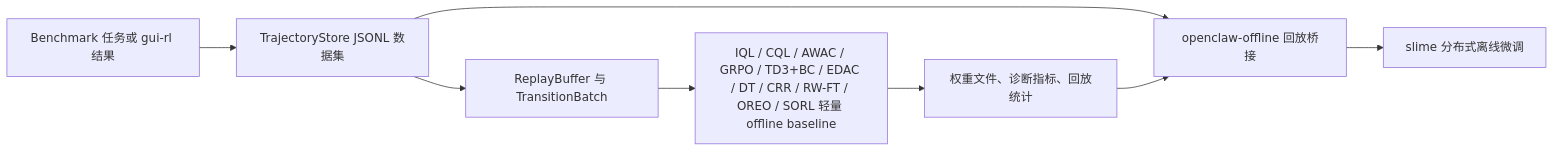
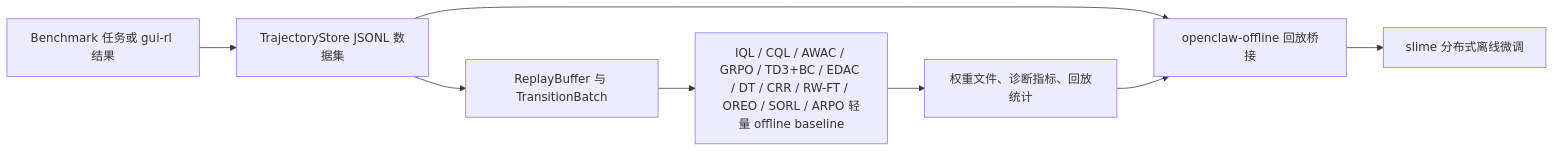
Before and after one commit to MING-ZCH/OpenClaw-RL-Offline: the diagram in README.zh-CN.md, drawn with Mermaid. The commit also changed other lines of this file and 7 other files, not shown here.

````diff
--- a/README.zh-CN.md
+++ b/README.zh-CN.md
@@ -9,10 +9,10 @@
 ```mermaid
 flowchart LR
   A[Benchmark 任务或 gui-rl 结果] --> B[TrajectoryStore JSONL 数据集]
   B --> C[ReplayBuffer 与 TransitionBatch]
-  C --> D[IQL / CQL / AWAC / GRPO / TD3+BC / EDAC / DT / CRR / RW-FT / OREO / SORL 轻量 offline baseline]
+  C --> D[IQL / CQL / AWAC / GRPO / TD3+BC / EDAC / DT / CRR / RW-FT / OREO / SORL / ARPO 轻量 offline baseline]
   D --> E[权重文件、诊断指标、回放统计]
   B --> F[openclaw-offline 回放桥接]
   E --> F
   F --> G[slime 分布式离线微调]
 ```
````
